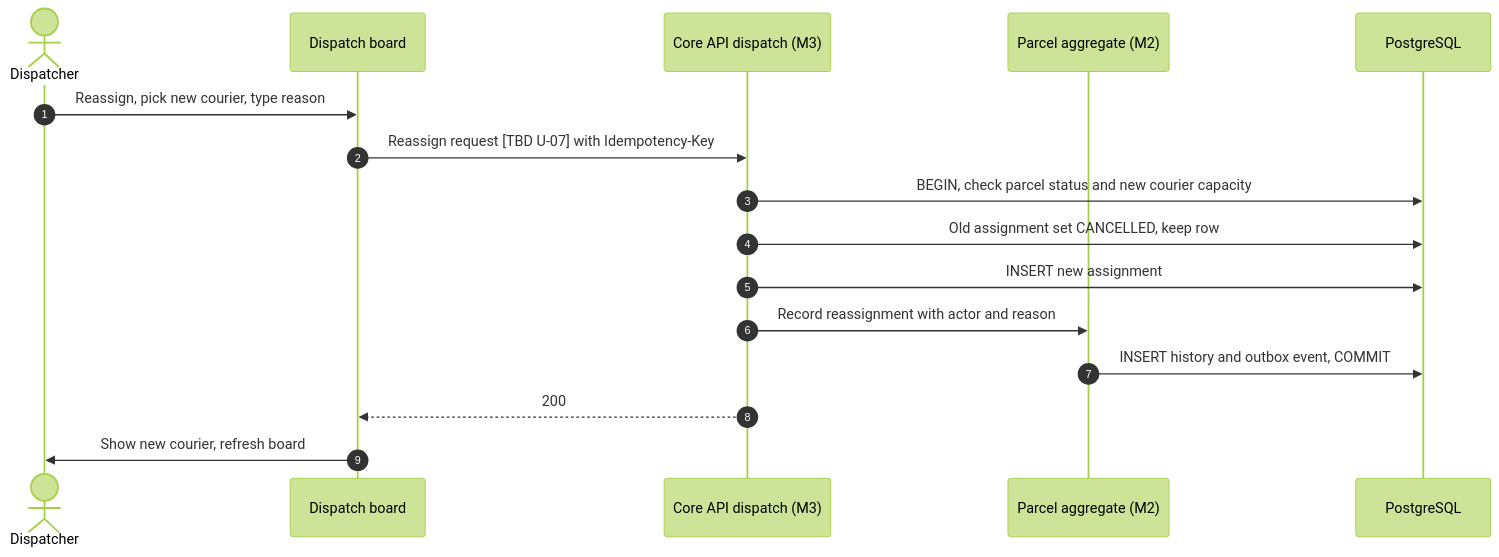
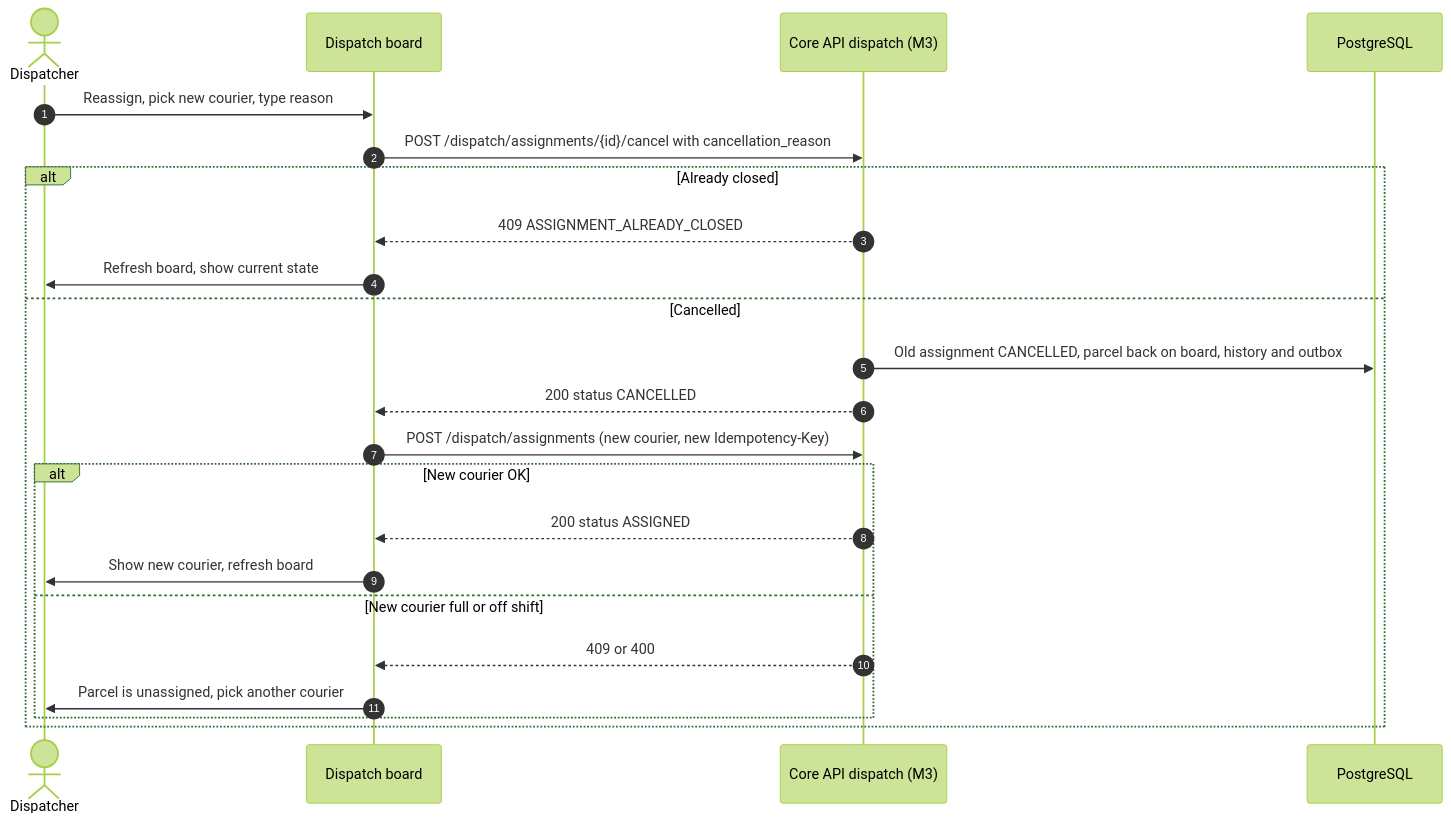
Before and after one commit to phantomTroupeEAD/SwiftDrop: diagram 19 of 55 in docs/drafts/member-07-dispatcher-admin-web-gateway/doc-02-functional-flows-and-business-rules.md, drawn with Mermaid (forest theme). The commit also changed other lines of this file and 125 other files, not shown here.

````diff
--- a/docs/drafts/member-07-dispatcher-admin-web-gateway/doc-02-functional-flows-and-business-rules.md
+++ b/docs/drafts/member-07-dispatcher-admin-web-gateway/doc-02-functional-flows-and-business-rules.md
@@ -612,18 +607,25 @@
 ```mermaid
 sequenceDiagram
     autonumber
     actor D as Dispatcher
     participant UI as Dispatch board
     participant DSP as Core API dispatch (M3)
-    participant PA as Parcel aggregate (M2)
     participant DB as PostgreSQL
     D->>UI: Reassign, pick new courier, type reason
-    UI->>DSP: Reassign request [TBD U-07] with Idempotency-Key
-    DSP->>DB: BEGIN, check parcel status and new courier capacity
-    DSP->>DB: Old assignment set CANCELLED, keep row
-    DSP->>DB: INSERT new assignment
-    DSP->>PA: Record reassignment with actor and reason
-    PA->>DB: INSERT history and outbox event, COMMIT
-    DSP-->>UI: 200
-    UI->>D: Show new courier, refresh board
+    UI->>DSP: POST /dispatch/assignments/{id}/cancel with cancellation_reason
+    alt Already closed
+        DSP-->>UI: 409 ASSIGNMENT_ALREADY_CLOSED
+        UI->>D: Refresh board, show current state
+    else Cancelled
+        DSP->>DB: Old assignment CANCELLED, parcel back on board, history and outbox
+        DSP-->>UI: 200 status CANCELLED
+        UI->>DSP: POST /dispatch/assignments (new courier, new Idempotency-Key)
+        alt New courier OK
+            DSP-->>UI: 200 status ASSIGNED
+            UI->>D: Show new courier, refresh board
+        else New courier full or off shift
+            DSP-->>UI: 409 or 400
+            UI->>D: Parcel is unassigned, pick another courier
+        end
+    end
 ```
````
